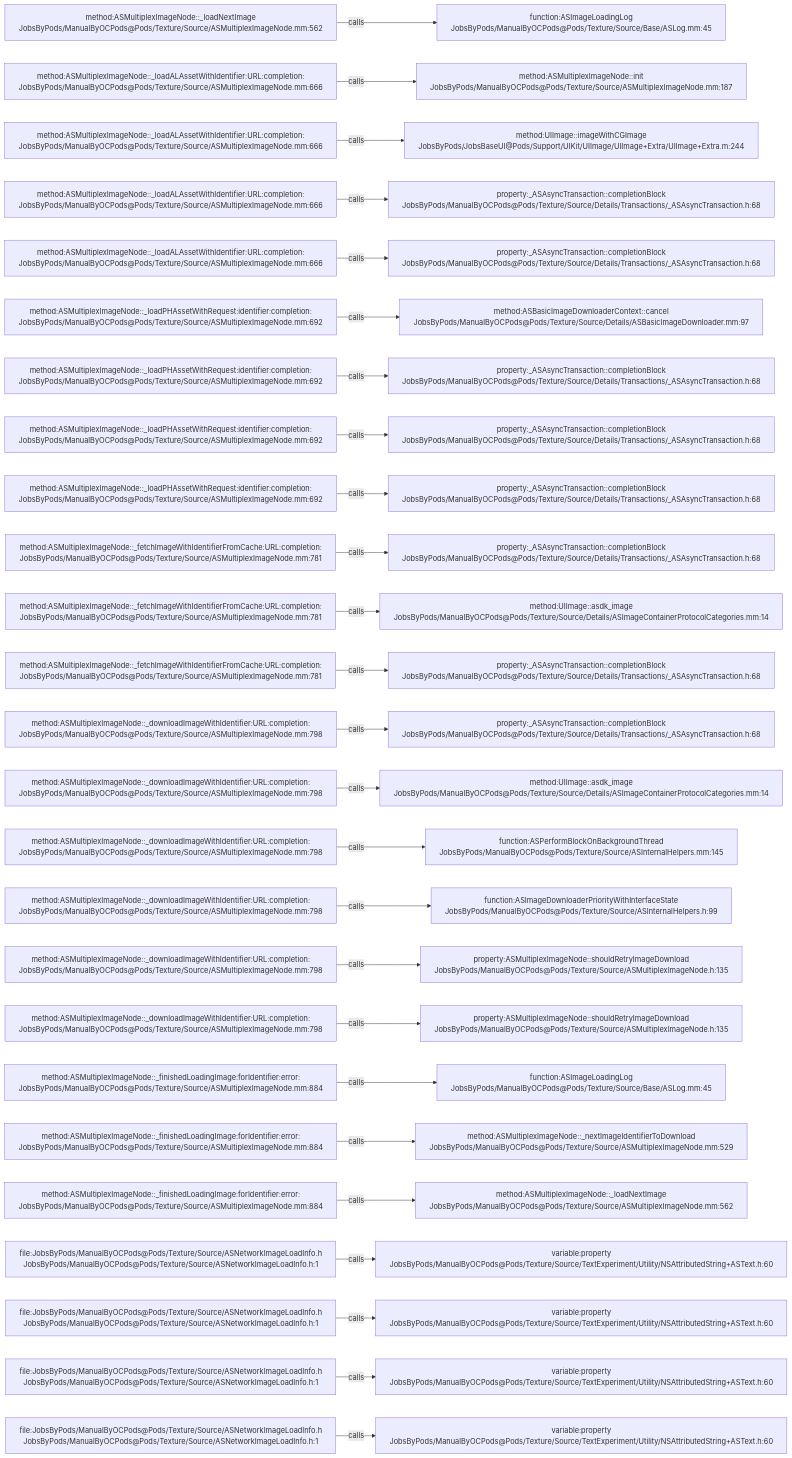
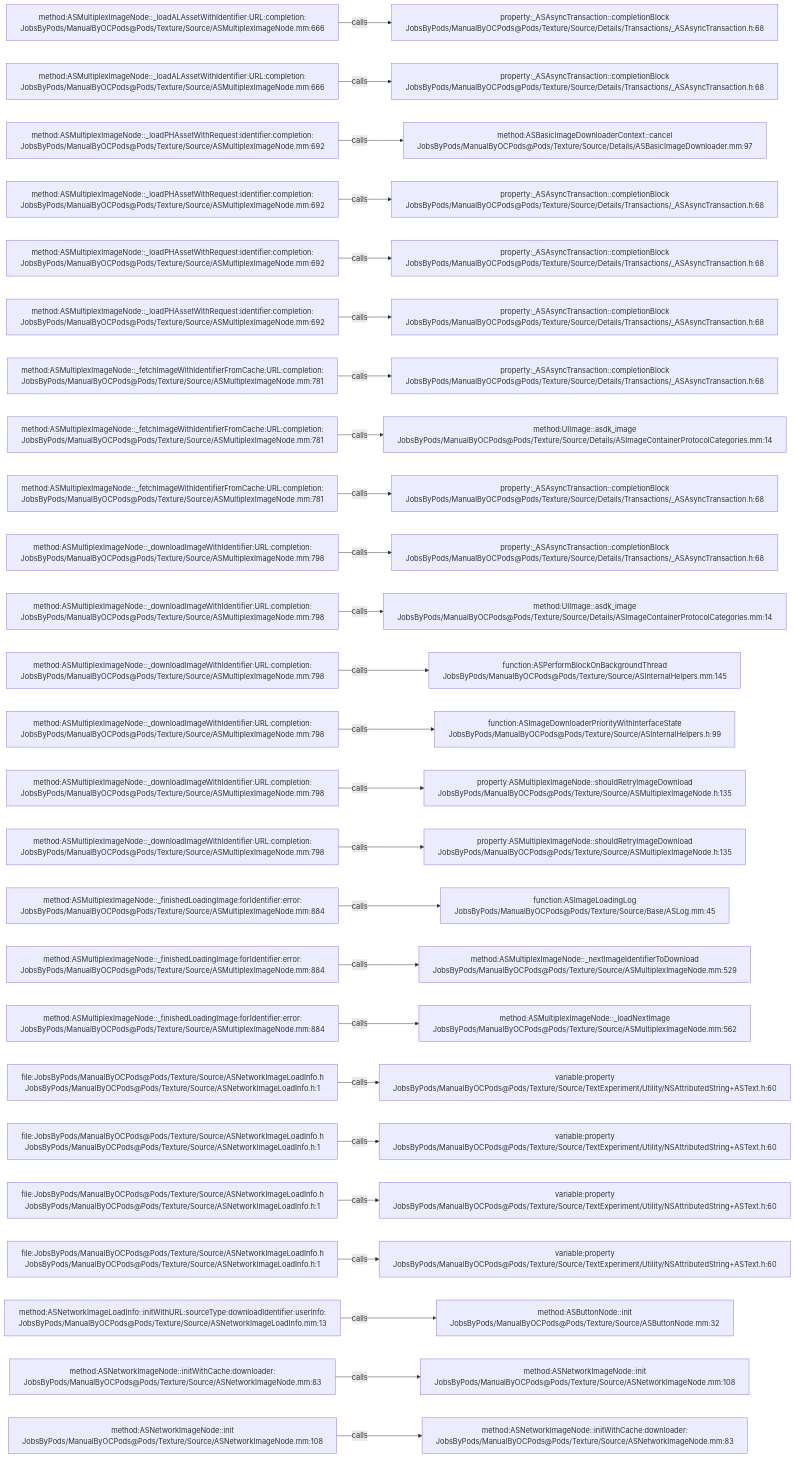
The diagram in .codegraph/codegraph.md/graphs/calls-118.md (JobsKits/JobsOCBaseConfigDemo), drawn with Mermaid before and after one commit. The commit also changed 342 other files, not shown here.

````diff
--- a/.codegraph/codegraph.md/graphs/calls-118.md
+++ b/.codegraph/codegraph.md/graphs/calls-118.md
@@ -13,78 +13,78 @@
 ```mermaid
 flowchart LR
-  S1["method:ASMultiplexImageNode::_loadNextImage<br/>JobsByPods/ManualByOCPods@Pods/Texture/Source/ASMultiplexImageNode.mm:562"]
-  T1["function:ASImageLoadingLog<br/>JobsByPods/ManualByOCPods@Pods/Texture/Source/Base/ASLog.mm:45"]
+  S1["method:ASMultiplexImageNode::_loadALAssetWithIdentifier:URL:completion:<br/>JobsByPods/ManualByOCPods@Pods/Texture/Source/ASMultiplexImageNode.mm:666"]
+  T1["property:_ASAsyncTransaction::completionBlock<br/>JobsByPods/ManualByOCPods@Pods/Texture/Source/Details/Transactions/_ASAsyncTransaction.h:68"]
   S1 -->|calls| T1
   S2["method:ASMultiplexImageNode::_loadALAssetWithIdentifier:URL:completion:<br/>JobsByPods/ManualByOCPods@Pods/Texture/Source/ASMultiplexImageNode.mm:666"]
-  T2["method:ASMultiplexImageNode::init<br/>JobsByPods/ManualByOCPods@Pods/Texture/Source/ASMultiplexImageNode.mm:187"]
+  T2["property:_ASAsyncTransaction::completionBlock<br/>JobsByPods/ManualByOCPods@Pods/Texture/Source/Details/Transactions/_ASAsyncTransaction.h:68"]
   S2 -->|calls| T2
-  S3["method:ASMultiplexImageNode::_loadALAssetWithIdentifier:URL:completion:<br/>JobsByPods/ManualByOCPods@Pods/Texture/Source/ASMultiplexImageNode.mm:666"]
-  T3["method:UIImage::imageWithCGImage<br/>JobsByPods/JobsBaseUI@Pods/Support/UIKit/UIImage/UIImage+Extra/UIImage+Extra.m:244"]
+  S3["method:ASMultiplexImageNode::_loadPHAssetWithRequest:identifier:completion:<br/>JobsByPods/ManualByOCPods@Pods/Texture/Source/ASMultiplexImageNode.mm:692"]
+  T3["method:ASBasicImageDownloaderContext::cancel<br/>JobsByPods/ManualByOCPods@Pods/Texture/Source/Details/ASBasicImageDownloader.mm:97"]
   S3 -->|calls| T3
-  S4["method:ASMultiplexImageNode::_loadALAssetWithIdentifier:URL:completion:<br/>JobsByPods/ManualByOCPods@Pods/Texture/Source/ASMultiplexImageNode.mm:666"]
+  S4["method:ASMultiplexImageNode::_loadPHAssetWithRequest:identifier:completion:<br/>JobsByPods/ManualByOCPods@Pods/Texture/Source/ASMultiplexImageNode.mm:692"]
   T4["property:_ASAsyncTransaction::completionBlock<br/>JobsByPods/ManualByOCPods@Pods/Texture/Source/Details/Transactions/_ASAsyncTransaction.h:68"]
   S4 -->|calls| T4
-  S5["method:ASMultiplexImageNode::_loadALAssetWithIdentifier:URL:completion:<br/>JobsByPods/ManualByOCPods@Pods/Texture/Source/ASMultiplexImageNode.mm:666"]
+  S5["method:ASMultiplexImageNode::_loadPHAssetWithRequest:identifier:completion:<br/>JobsByPods/ManualByOCPods@Pods/Texture/Source/ASMultiplexImageNode.mm:692"]
   T5["property:_ASAsyncTransaction::completionBlock<br/>JobsByPods/ManualByOCPods@Pods/Texture/Source/Details/Transactions/_ASAsyncTransaction.h:68"]
   S5 -->|calls| T5
   S6["method:ASMultiplexImageNode::_loadPHAssetWithRequest:identifier:completion:<br/>JobsByPods/ManualByOCPods@Pods/Texture/Source/ASMultiplexImageNode.mm:692"]
-  T6["method:ASBasicImageDownloaderContext::cancel<br/>JobsByPods/ManualByOCPods@Pods/Texture/Source/Details/ASBasicImageDownloader.mm:97"]
+  T6["property:_ASAsyncTransaction::completionBlock<br/>JobsByPods/ManualByOCPods@Pods/Texture/Source/Details/Transactions/_ASAsyncTransaction.h:68"]
   S6 -->|calls| T6
-  S7["method:ASMultiplexImageNode::_loadPHAssetWithRequest:identifier:completion:<br/>JobsByPods/ManualByOCPods@Pods/Texture/Source/ASMultiplexImageNode.mm:692"]
+  S7["method:ASMultiplexImageNode::_fetchImageWithIdentifierFromCache:URL:completion:<br/>JobsByPods/ManualByOCPods@Pods/Texture/Source/ASMultiplexImageNode.mm:781"]
   T7["property:_ASAsyncTransaction::completionBlock<br/>JobsByPods/ManualByOCPods@Pods/Texture/Source/Details/Transactions/_ASAsyncTransaction.h:68"]
   S7 -->|calls| T7
-  S8["method:ASMultiplexImageNode::_loadPHAssetWithRequest:identifier:completion:<br/>JobsByPods/ManualByOCPods@Pods/Texture/Source/ASMultiplexImageNode.mm:692"]
-  T8["property:_ASAsyncTransaction::completionBlock<br/>JobsByPods/ManualByOCPods@Pods/Texture/Source/Details/Transactions/_ASAsyncTransaction.h:68"]
+  S8["method:ASMultiplexImageNode::_fetchImageWithIdentifierFromCache:URL:completion:<br/>JobsByPods/ManualByOCPods@Pods/Texture/Source/ASMultiplexImageNode.mm:781"]
+  T8["method:UIImage::asdk_image<br/>JobsByPods/ManualByOCPods@Pods/Texture/Source/Details/ASImageContainerProtocolCategories.mm:14"]
   S8 -->|calls| T8
-  S9["method:ASMultiplexImageNode::_loadPHAssetWithRequest:identifier:completion:<br/>JobsByPods/ManualByOCPods@Pods/Texture/Source/ASMultiplexImageNode.mm:692"]
+  S9["method:ASMultiplexImageNode::_fetchImageWithIdentifierFromCache:URL:completion:<br/>JobsByPods/ManualByOCPods@Pods/Texture/Source/ASMultiplexImageNode.mm:781"]
   T9["property:_ASAsyncTransaction::completionBlock<br/>JobsByPods/ManualByOCPods@Pods/Texture/Source/Details/Transactions/_ASAsyncTransaction.h:68"]
   S9 -->|calls| T9
-  S10["method:ASMultiplexImageNode::_fetchImageWithIdentifierFromCache:URL:completion:<br/>JobsByPods/ManualByOCPods@Pods/Texture/Source/ASMultiplexImageNode.mm:781"]
+  S10["method:ASMultiplexImageNode::_downloadImageWithIdentifier:URL:completion:<br/>JobsByPods/ManualByOCPods@Pods/Texture/Source/ASMultiplexImageNode.mm:798"]
   T10["property:_ASAsyncTransaction::completionBlock<br/>JobsByPods/ManualByOCPods@Pods/Texture/Source/Details/Transactions/_ASAsyncTransaction.h:68"]
   S10 -->|calls| T10
-  S11["method:ASMultiplexImageNode::_fetchImageWithIdentifierFromCache:URL:completion:<br/>JobsByPods/ManualByOCPods@Pods/Texture/Source/ASMultiplexImageNode.mm:781"]
+  S11["method:ASMultiplexImageNode::_downloadImageWithIdentifier:URL:completion:<br/>JobsByPods/ManualByOCPods@Pods/Texture/Source/ASMultiplexImageNode.mm:798"]
   T11["method:UIImage::asdk_image<br/>JobsByPods/ManualByOCPods@Pods/Texture/Source/Details/ASImageContainerProtocolCategories.mm:14"]
   S11 -->|calls| T11
-  S12["method:ASMultiplexImageNode::_fetchImageWithIdentifierFromCache:URL:completion:<br/>JobsByPods/ManualByOCPods@Pods/Texture/Source/ASMultiplexImageNode.mm:781"]
-  T12["property:_ASAsyncTransaction::completionBlock<br/>JobsByPods/ManualByOCPods@Pods/Texture/Source/Details/Transactions/_ASAsyncTransaction.h:68"]
+  S12["method:ASMultiplexImageNode::_downloadImageWithIdentifier:URL:completion:<br/>JobsByPods/ManualByOCPods@Pods/Texture/Source/ASMultiplexImageNode.mm:798"]
+  T12["function:ASPerformBlockOnBackgroundThread<br/>JobsByPods/ManualByOCPods@Pods/Texture/Source/ASInternalHelpers.mm:145"]
   S12 -->|calls| T12
   S13["method:ASMultiplexImageNode::_downloadImageWithIdentifier:URL:completion:<br/>JobsByPods/ManualByOCPods@Pods/Texture/Source/ASMultiplexImageNode.mm:798"]
-  T13["property:_ASAsyncTransaction::completionBlock<br/>JobsByPods/ManualByOCPods@Pods/Texture/Source/Details/Transactions/_ASAsyncTransaction.h:68"]
+  T13["function:ASImageDownloaderPriorityWithInterfaceState<br/>JobsByPods/ManualByOCPods@Pods/Texture/Source/ASInternalHelpers.h:99"]
   S13 -->|calls| T13
   S14["method:ASMultiplexImageNode::_downloadImageWithIdentifier:URL:completion:<br/>JobsByPods/ManualByOCPods@Pods/Texture/Source/ASMultiplexImageNode.mm:798"]
-  T14["method:UIImage::asdk_image<br/>JobsByPods/ManualByOCPods@Pods/Texture/Source/Details/ASImageContainerProtocolCategories.mm:14"]
+  T14["property:ASMultiplexImageNode::shouldRetryImageDownload<br/>JobsByPods/ManualByOCPods@Pods/Texture/Source/ASMultiplexImageNode.h:135"]
   S14 -->|calls| T14
   S15["method:ASMultiplexImageNode::_downloadImageWithIdentifier:URL:completion:<br/>JobsByPods/ManualByOCPods@Pods/Texture/Source/ASMultiplexImageNode.mm:798"]
-  T15["function:ASPerformBlockOnBackgroundThread<br/>JobsByPods/ManualByOCPods@Pods/Texture/Source/ASInternalHelpers.mm:145"]
+  T15["property:ASMultiplexImageNode::shouldRetryImageDownload<br/>JobsByPods/ManualByOCPods@Pods/Texture/Source/ASMultiplexImageNode.h:135"]
   S15 -->|calls| T15
-  S16["method:ASMultiplexImageNode::_downloadImageWithIdentifier:URL:completion:<br/>JobsByPods/ManualByOCPods@Pods/Texture/Source/ASMultiplexImageNode.mm:798"]
-  T16["function:ASImageDownloaderPriorityWithInterfaceState<br/>JobsByPods/ManualByOCPods@Pods/Texture/Source/ASInternalHelpers.h:99"]
+  S16["method:ASMultiplexImageNode::_finishedLoadingImage:forIdentifier:error:<br/>JobsByPods/ManualByOCPods@Pods/Texture/Source/ASMultiplexImageNode.mm:884"]
+  T16["function:ASImageLoadingLog<br/>JobsByPods/ManualByOCPods@Pods/Texture/Source/Base/ASLog.mm:45"]
   S16 -->|calls| T16
-  S17["method:ASMultiplexImageNode::_downloadImageWithIdentifier:URL:completion:<br/>JobsByPods/ManualByOCPods@Pods/Texture/Source/ASMultiplexImageNode.mm:798"]
-  T17["property:ASMultiplexImageNode::shouldRetryImageDownload<br/>JobsByPods/ManualByOCPods@Pods/Texture/Source/ASMultiplexImageNode.h:135"]
+  S17["method:ASMultiplexImageNode::_finishedLoadingImage:forIdentifier:error:<br/>JobsByPods/ManualByOCPods@Pods/Texture/Source/ASMultiplexImageNode.mm:884"]
+  T17["method:ASMultiplexImageNode::_nextImageIdentifierToDownload<br/>JobsByPods/ManualByOCPods@Pods/Texture/Source/ASMultiplexImageNode.mm:529"]
   S17 -->|calls| T17
-  S18["method:ASMultiplexImageNode::_downloadImageWithIdentifier:URL:completion:<br/>JobsByPods/ManualByOCPods@Pods/Texture/Source/ASMultiplexImageNode.mm:798"]
-  T18["property:ASMultiplexImageNode::shouldRetryImageDownload<br/>JobsByPods/ManualByOCPods@Pods/Texture/Source/ASMultiplexImageNode.h:135"]
+  S18["method:ASMultiplexImageNode::_finishedLoadingImage:forIdentifier:error:<br/>JobsByPods/ManualByOCPods@Pods/Texture/Source/ASMultiplexImageNode.mm:884"]
+  T18["method:ASMultiplexImageNode::_loadNextImage<br/>JobsByPods/ManualByOCPods@Pods/Texture/Source/ASMultiplexImageNode.mm:562"]
   S18 -->|calls| T18
-  S19["method:ASMultiplexImageNode::_finishedLoadingImage:forIdentifier:error:<br/>JobsByPods/ManualByOCPods@Pods/Texture/Source/ASMultiplexImageNode.mm:884"]
-  T19["function:ASImageLoadingLog<br/>JobsByPods/ManualByOCPods@Pods/Texture/Source/Base/ASLog.mm:45"]
+  S19["file:JobsByPods/ManualByOCPods@Pods/Texture/Source/ASNetworkImageLoadInfo.h<br/>JobsByPods/ManualByOCPods@Pods/Texture/Source/ASNetworkImageLoadInfo.h:1"]
+  T19["variable:property<br/>JobsByPods/ManualByOCPods@Pods/Texture/Source/TextExperiment/Utility/NSAttributedString+ASText.h:60"]
   S19 -->|calls| T19
-  S20["method:ASMultiplexImageNode::_finishedLoadingImage:forIdentifier:error:<br/>JobsByPods/ManualByOCPods@Pods/Texture/Source/ASMultiplexImageNode.mm:884"]
-  T20["method:ASMultiplexImageNode::_nextImageIdentifierToDownload<br/>JobsByPods/ManualByOCPods@Pods/Texture/Source/ASMultiplexImageNode.mm:529"]
+  S20["file:JobsByPods/ManualByOCPods@Pods/Texture/Source/ASNetworkImageLoadInfo.h<br/>JobsByPods/ManualByOCPods@Pods/Texture/Source/ASNetworkImageLoadInfo.h:1"]
+  T20["variable:property<br/>JobsByPods/ManualByOCPods@Pods/Texture/Source/TextExperiment/Utility/NSAttributedString+ASText.h:60"]
   S20 -->|calls| T20
-  S21["method:ASMultiplexImageNode::_finishedLoadingImage:forIdentifier:error:<br/>JobsByPods/ManualByOCPods@Pods/Texture/Source/ASMultiplexImageNode.mm:884"]
-  T21["method:ASMultiplexImageNode::_loadNextImage<br/>JobsByPods/ManualByOCPods@Pods/Texture/Source/ASMultiplexImageNode.mm:562"]
+  S21["file:JobsByPods/ManualByOCPods@Pods/Texture/Source/ASNetworkImageLoadInfo.h<br/>JobsByPods/ManualByOCPods@Pods/Texture/Source/ASNetworkImageLoadInfo.h:1"]
+  T21["variable:property<br/>JobsByPods/ManualByOCPods@Pods/Texture/Source/TextExperiment/Utility/NSAttributedString+ASText.h:60"]
   S21 -->|calls| T21
   S22["file:JobsByPods/ManualByOCPods@Pods/Texture/Source/ASNetworkImageLoadInfo.h<br/>JobsByPods/ManualByOCPods@Pods/Texture/Source/ASNetworkImageLoadInfo.h:1"]
   T22["variable:property<br/>JobsByPods/ManualByOCPods@Pods/Texture/Source/TextExperiment/Utility/NSAttributedString+ASText.h:60"]
   S22 -->|calls| T22
-  S23["file:JobsByPods/ManualByOCPods@Pods/Texture/Source/ASNetworkImageLoadInfo.h<br/>JobsByPods/ManualByOCPods@Pods/Texture/Source/ASNetworkImageLoadInfo.h:1"]
-  T23["variable:property<br/>JobsByPods/ManualByOCPods@Pods/Texture/Source/TextExperiment/Utility/NSAttributedString+ASText.h:60"]
+  S23["method:ASNetworkImageLoadInfo::initWithURL:sourceType:downloadIdentifier:userInfo:<br/>JobsByPods/ManualByOCPods@Pods/Texture/Source/ASNetworkImageLoadInfo.mm:13"]
+  T23["method:ASButtonNode::init<br/>JobsByPods/ManualByOCPods@Pods/Texture/Source/ASButtonNode.mm:32"]
   S23 -->|calls| T23
-  S24["file:JobsByPods/ManualByOCPods@Pods/Texture/Source/ASNetworkImageLoadInfo.h<br/>JobsByPods/ManualByOCPods@Pods/Texture/Source/ASNetworkImageLoadInfo.h:1"]
-  T24["variable:property<br/>JobsByPods/ManualByOCPods@Pods/Texture/Source/TextExperiment/Utility/NSAttributedString+ASText.h:60"]
+  S24["method:ASNetworkImageNode::initWithCache:downloader:<br/>JobsByPods/ManualByOCPods@Pods/Texture/Source/ASNetworkImageNode.mm:83"]
+  T24["method:ASNetworkImageNode::init<br/>JobsByPods/ManualByOCPods@Pods/Texture/Source/ASNetworkImageNode.mm:108"]
   S24 -->|calls| T24
-  S25["file:JobsByPods/ManualByOCPods@Pods/Texture/Source/ASNetworkImageLoadInfo.h<br/>JobsByPods/ManualByOCPods@Pods/Texture/Source/ASNetworkImageLoadInfo.h:1"]
-  T25["variable:property<br/>JobsByPods/ManualByOCPods@Pods/Texture/Source/TextExperiment/Utility/NSAttributedString+ASText.h:60"]
+  S25["method:ASNetworkImageNode::init<br/>JobsByPods/ManualByOCPods@Pods/Texture/Source/ASNetworkImageNode.mm:108"]
+  T25["method:ASNetworkImageNode::initWithCache:downloader:<br/>JobsByPods/ManualByOCPods@Pods/Texture/Source/ASNetworkImageNode.mm:83"]
   S25 -->|calls| T25
 ```
````
